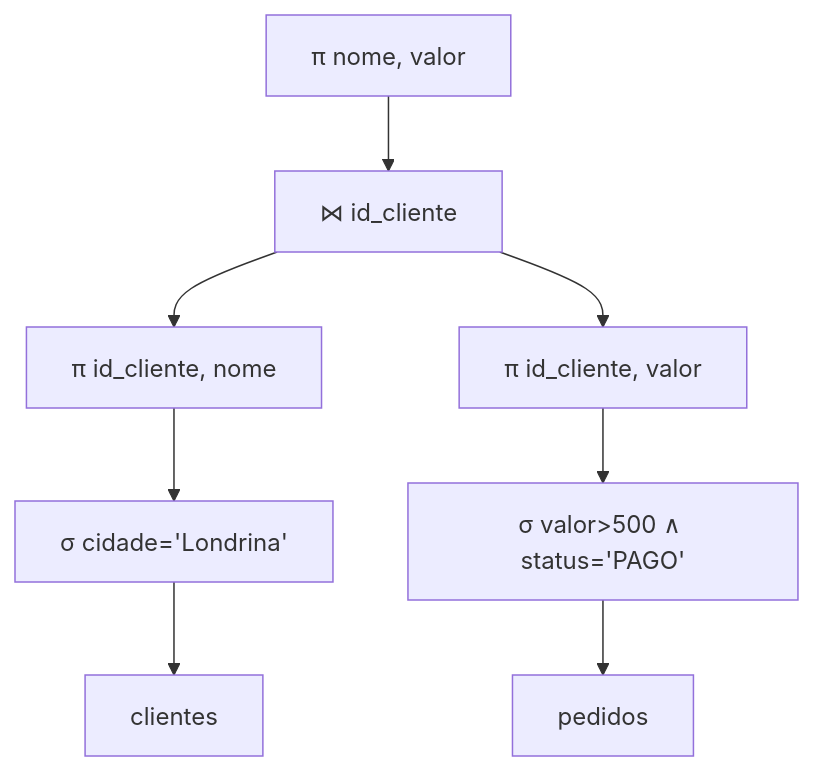
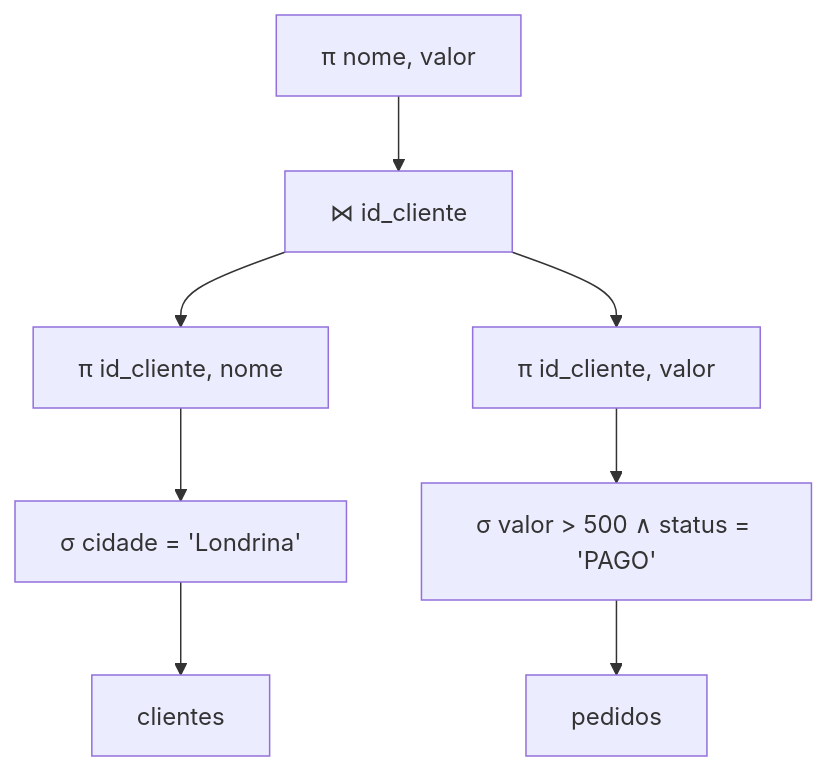
One commit to HerikDR/estudo-comp-escalavel changed the fifth of 5 diagrams in estudo/10_spark_pratica_sparksql.md. Above: the diagram before and after it, drawn with Mermaid. The commit also changed other lines of this file and 9 other files, not shown here.

````diff
--- a/estudo/10_spark_pratica_sparksql.md
+++ b/estudo/10_spark_pratica_sparksql.md
@@ -67,6 +401,6 @@
 ```mermaid
 flowchart TD
     P["π nome, valor"] --> J["⋈ id_cliente"]
-    J --> PC["π id_cliente, nome"] --> SC["σ cidade='Londrina'"] --> C["clientes"]
-    J --> PP["π id_cliente, valor"] --> SP["σ valor>500 ∧ status='PAGO'"] --> PE["pedidos"]
+    J --> PC["π id_cliente, nome"] --> SC["σ cidade = 'Londrina'"] --> C["clientes"]
+    J --> PP["π id_cliente, valor"] --> SP["σ valor > 500 ∧ status = 'PAGO'"] --> PE["pedidos"]
 ```
````
